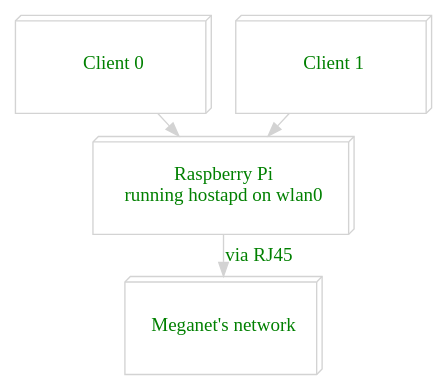
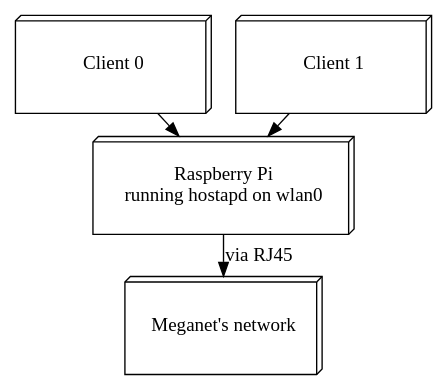
Before and after one commit to h4y44/graphs: the diagram in meganet/g.gv, drawn with Graphviz. The commit also changed 6 other files, not shown here.

```diff
--- a/meganet/g.gv
+++ b/meganet/g.gv
@@ -1,18 +1,18 @@
 digraph n {
 	ranksep=0.2;
-	graph [bgcolor="#00000000", color="#eeeeee"];
-	node[color=lightgrey];
-	edge[color=lightgrey];
+	graph [bgcolor="#00000000", color="#222222"];
+	//node[color=grey];
+	//edge[color=grey];
 
 	{
-		node [shape=box3d, width=2, height=1, fontname="Cantarell", fontcolor=green];
+		node [shape=box3d, width=2, height=1, fontname="Cantarell"];
 		c0 [label="Client 0"];
 		c1 [label="Client 1"];
 		p [label="Raspberry Pi\nrunning hostapd on wlan0"];
 		m [label="Meganet's network"];
 
 		c0 -> p;
 		c1 -> p;
-		p -> m [label="via RJ45", fontname="Cantarell", fontcolor=green];
+		p -> m [label="via RJ45", fontname="Cantarell"];
 	}
 }
```
